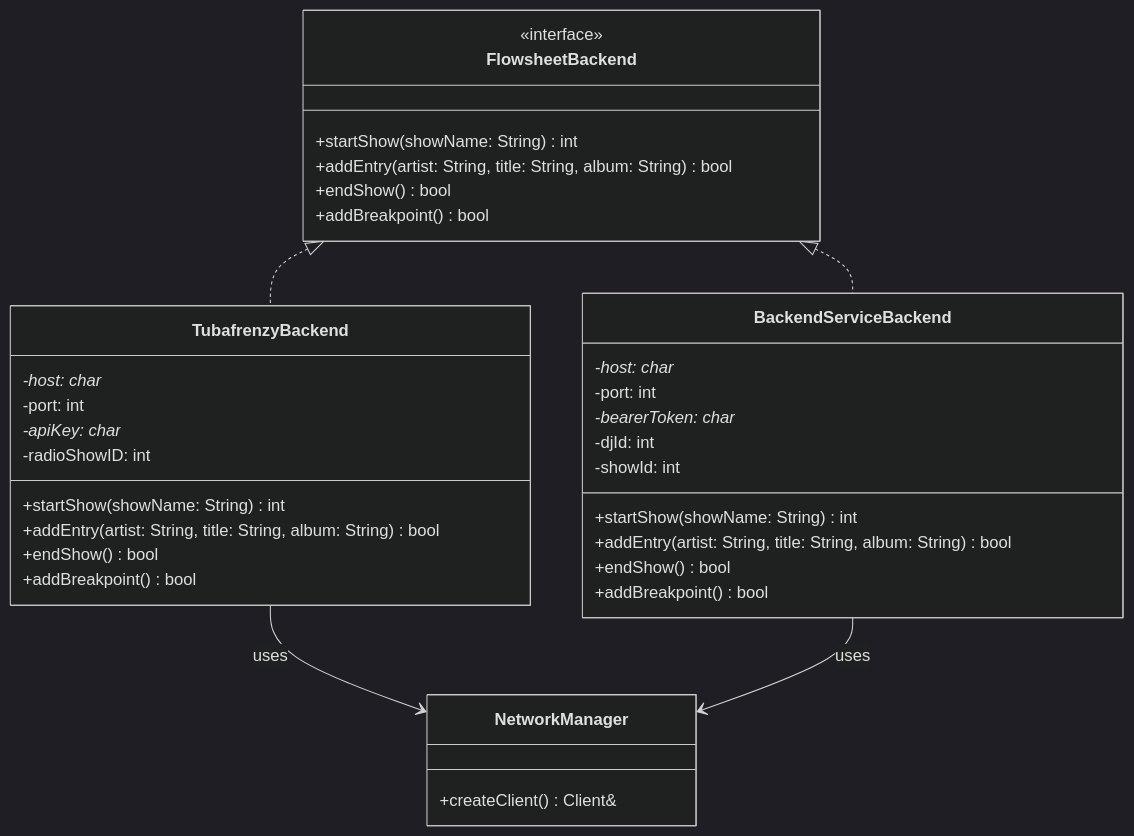
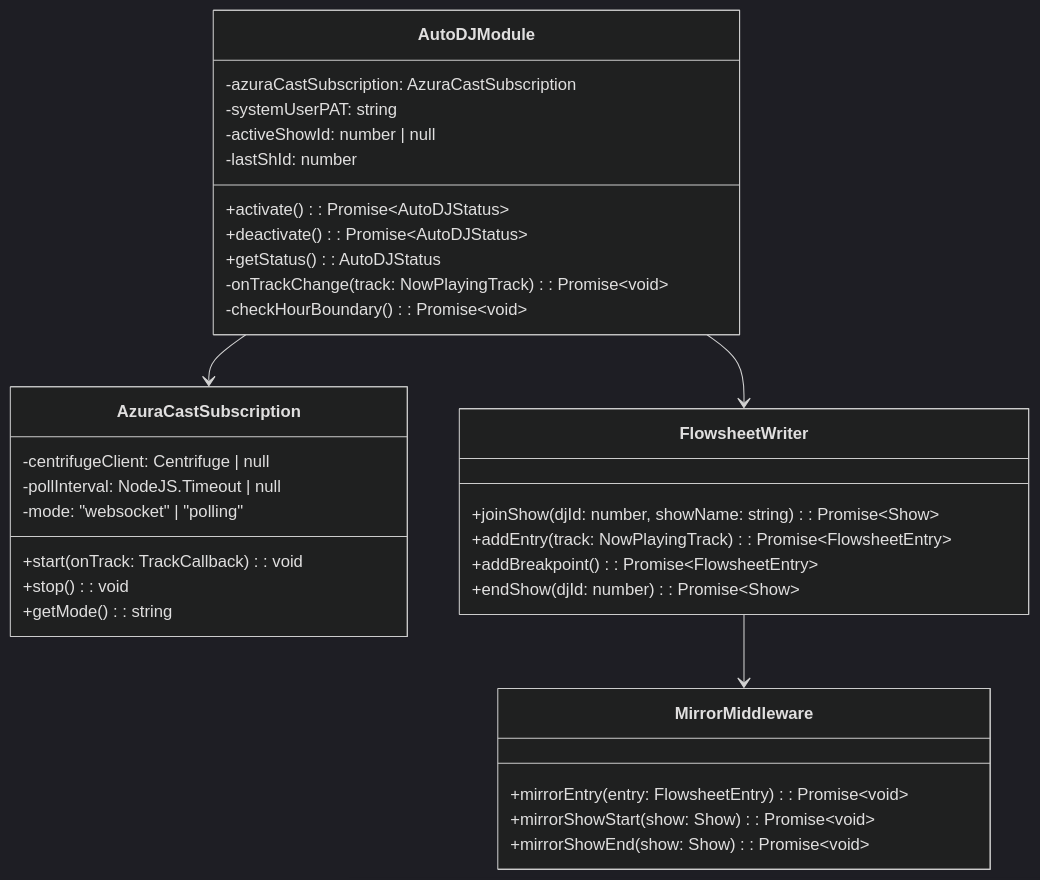
Diagram 11 of 15 in docs/networking-spec.md (WXYC/auto-dj-arduino-switch), drawn with Mermaid (dark theme) before and after one commit. The commit also changed other lines of this file, not shown here.

First line of the commit message:
Revise networking-spec.md to reflect architecture pivot

````diff
--- a/docs/networking-spec.md
+++ b/docs/networking-spec.md
@@ -1694,42 +1690,40 @@
 ```mermaid
 classDiagram
-    class FlowsheetBackend {
-        <<interface>>
-        +startShow(showName: String) int
-        +addEntry(artist: String, title: String, album: String) bool
-        +endShow() bool
-        +addBreakpoint() bool
+    class AutoDJModule {
+        -azuraCastSubscription: AzuraCastSubscription
+        -systemUserPAT: string
+        -activeShowId: number | null
+        -lastShId: number
+        +activate(): Promise~AutoDJStatus~
+        +deactivate(): Promise~AutoDJStatus~
+        +getStatus(): AutoDJStatus
+        -onTrackChange(track: NowPlayingTrack): Promise~void~
+        -checkHourBoundary(): Promise~void~
     }
 
-    class TubafrenzyBackend {
-        -host: char*
-        -port: int
-        -apiKey: char*
-        -radioShowID: int
-        +startShow(showName: String) int
-        +addEntry(artist: String, title: String, album: String) bool
-        +endShow() bool
-        +addBreakpoint() bool
+    class AzuraCastSubscription {
+        -centrifugeClient: Centrifuge | null
+        -pollInterval: NodeJS.Timeout | null
+        -mode: "websocket" | "polling"
+        +start(onTrack: TrackCallback): void
+        +stop(): void
+        +getMode(): string
     }
 
-    class BackendServiceBackend {
-        -host: char*
-        -port: int
-        -bearerToken: char*
-        -djId: int
-        -showId: int
-        +startShow(showName: String) int
-        +addEntry(artist: String, title: String, album: String) bool
-        +endShow() bool
-        +addBreakpoint() bool
+    class FlowsheetWriter {
+        +joinShow(djId: number, showName: string): Promise~Show~
+        +addEntry(track: NowPlayingTrack): Promise~FlowsheetEntry~
+        +addBreakpoint(): Promise~FlowsheetEntry~
+        +endShow(djId: number): Promise~Show~
     }
 
-    class NetworkManager {
-        +createClient() Client&
+    class MirrorMiddleware {
+        +mirrorEntry(entry: FlowsheetEntry): Promise~void~
+        +mirrorShowStart(show: Show): Promise~void~
+        +mirrorShowEnd(show: Show): Promise~void~
     }
 
-    FlowsheetBackend <|.. TubafrenzyBackend
-    FlowsheetBackend <|.. BackendServiceBackend
-    TubafrenzyBackend --> NetworkManager : uses
-    BackendServiceBackend --> NetworkManager : uses
+    AutoDJModule --> AzuraCastSubscription
+    AutoDJModule --> FlowsheetWriter
+    FlowsheetWriter --> MirrorMiddleware
 ```
````
